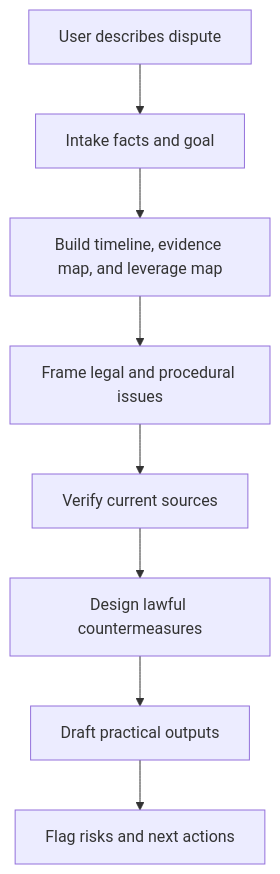
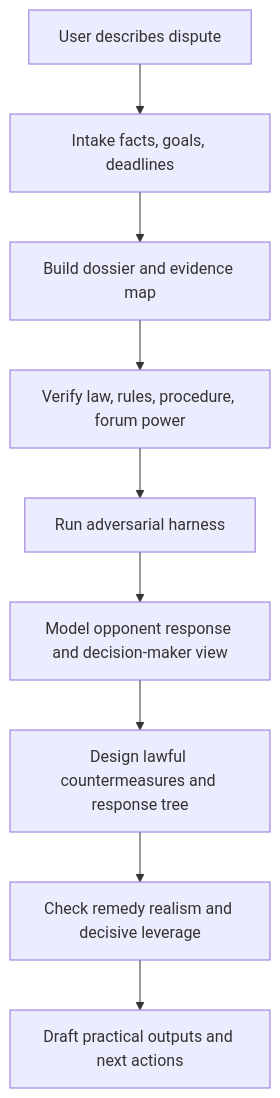
One commit to l3onhardt/rights-defense-legal-strategy changed the diagram in README.md. Above: the diagram before and after it, drawn with Mermaid. The commit also changed other lines of this file and 6 other files, not shown here.

````diff
--- a/README.md
+++ b/README.md
@@ -33,10 +36,11 @@
 ```mermaid
 flowchart TD
-    A["User describes dispute"] --> B["Intake facts and goal"]
-    B --> C["Build timeline, evidence map, and leverage map"]
-    C --> D["Frame legal and procedural issues"]
-    D --> E["Verify current sources"]
-    E --> F["Design lawful countermeasures"]
-    F --> G["Draft practical outputs"]
-    G --> H["Flag risks and next actions"]
+    A["User describes dispute"] --> B["Intake facts, goals, deadlines"]
+    B --> C["Build dossier and evidence map"]
+    C --> D["Verify law, rules, procedure, forum power"]
+    D --> E["Run adversarial harness"]
+    E --> F["Model opponent response and decision-maker view"]
+    F --> G["Design lawful countermeasures and response tree"]
+    G --> H["Check remedy realism and decisive leverage"]
+    H --> I["Draft practical outputs and next actions"]
 ```
````
